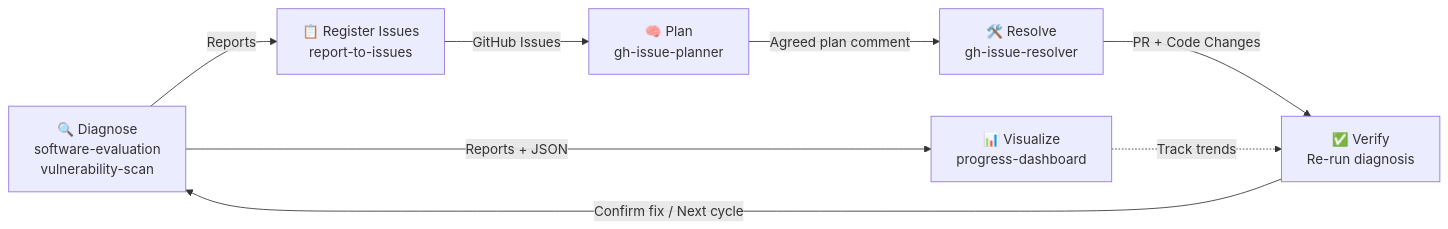
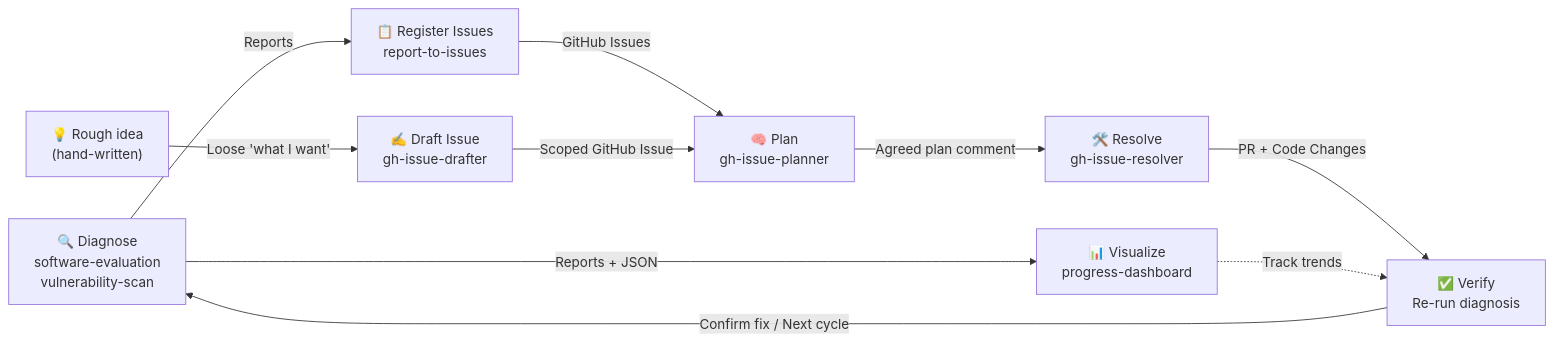
One commit to ymd38/dev-skills changed the diagram in README.md. Above: the diagram before and after it, drawn with Mermaid. The commit also changed other lines of this file and 2 other files, not shown here.

````diff
--- a/README.md
+++ b/README.md
@@ -13,17 +13,20 @@
 ```mermaid
 graph LR
     Diagnose["🔍 Diagnose<br/>software-evaluation<br/>vulnerability-scan"]
     Visualize["📊 Visualize<br/>progress-dashboard"]
     Register["📋 Register Issues<br/>report-to-issues"]
+    Draft["✍️ Draft Issue<br/>gh-issue-drafter"]
     Plan["🧠 Plan<br/>gh-issue-planner"]
     Resolve["🛠️ Resolve<br/>gh-issue-resolver"]
     Verify["✅ Verify<br/>Re-run diagnosis"]
 
+    Idea["💡 Rough idea<br/>(hand-written)"] -- "Loose 'what I want'" --> Draft
     Diagnose -- "Reports + JSON" --> Visualize
     Diagnose -- "Reports" --> Register
     Register -- "GitHub Issues" --> Plan
+    Draft -- "Scoped GitHub Issue" --> Plan
     Plan -- "Agreed plan comment" --> Resolve
     Resolve -- "PR + Code Changes" --> Verify
     Verify -- "Confirm fix / Next cycle" --> Diagnose
     Visualize -. "Track trends" .-> Verify
 ```
````
